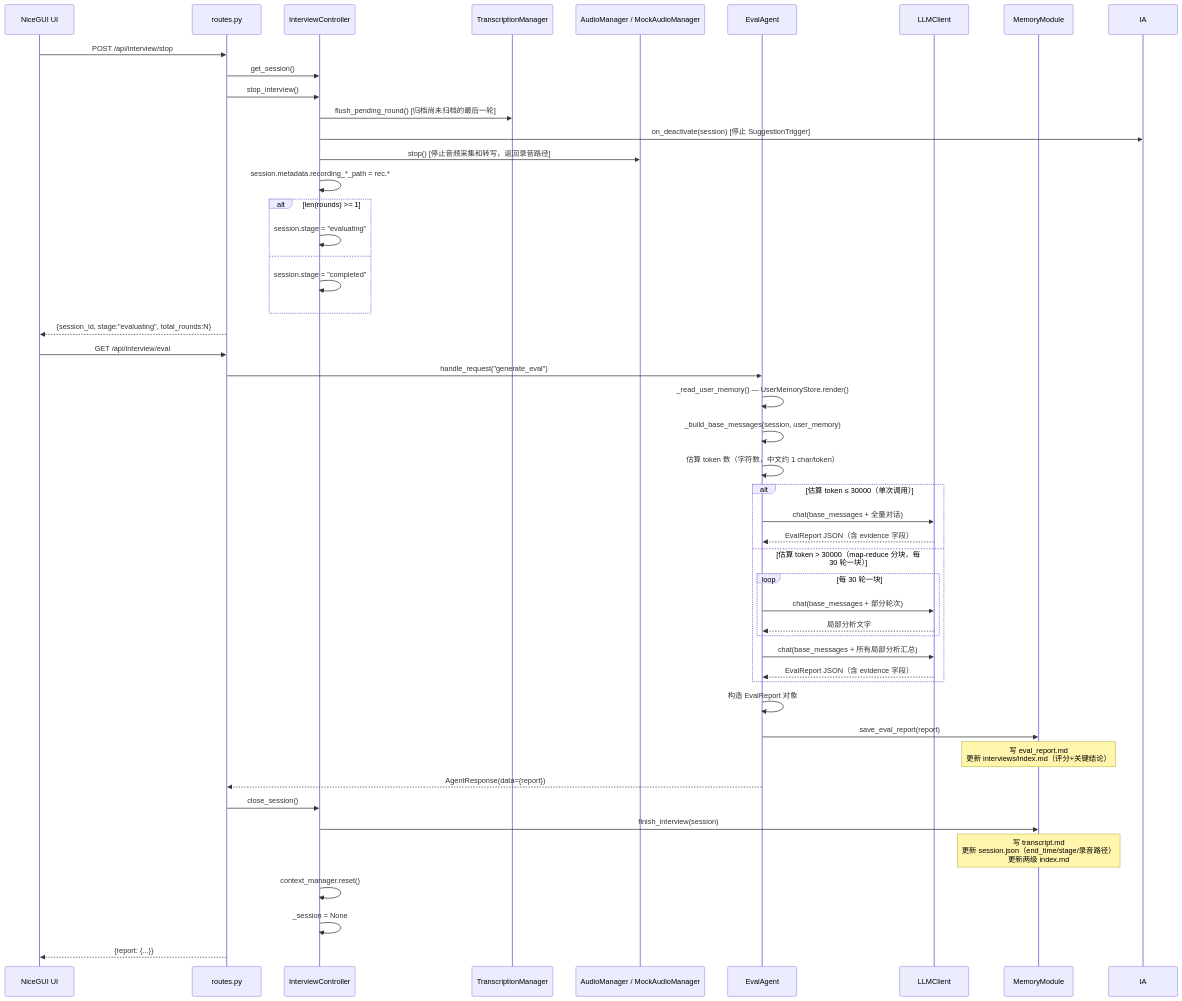
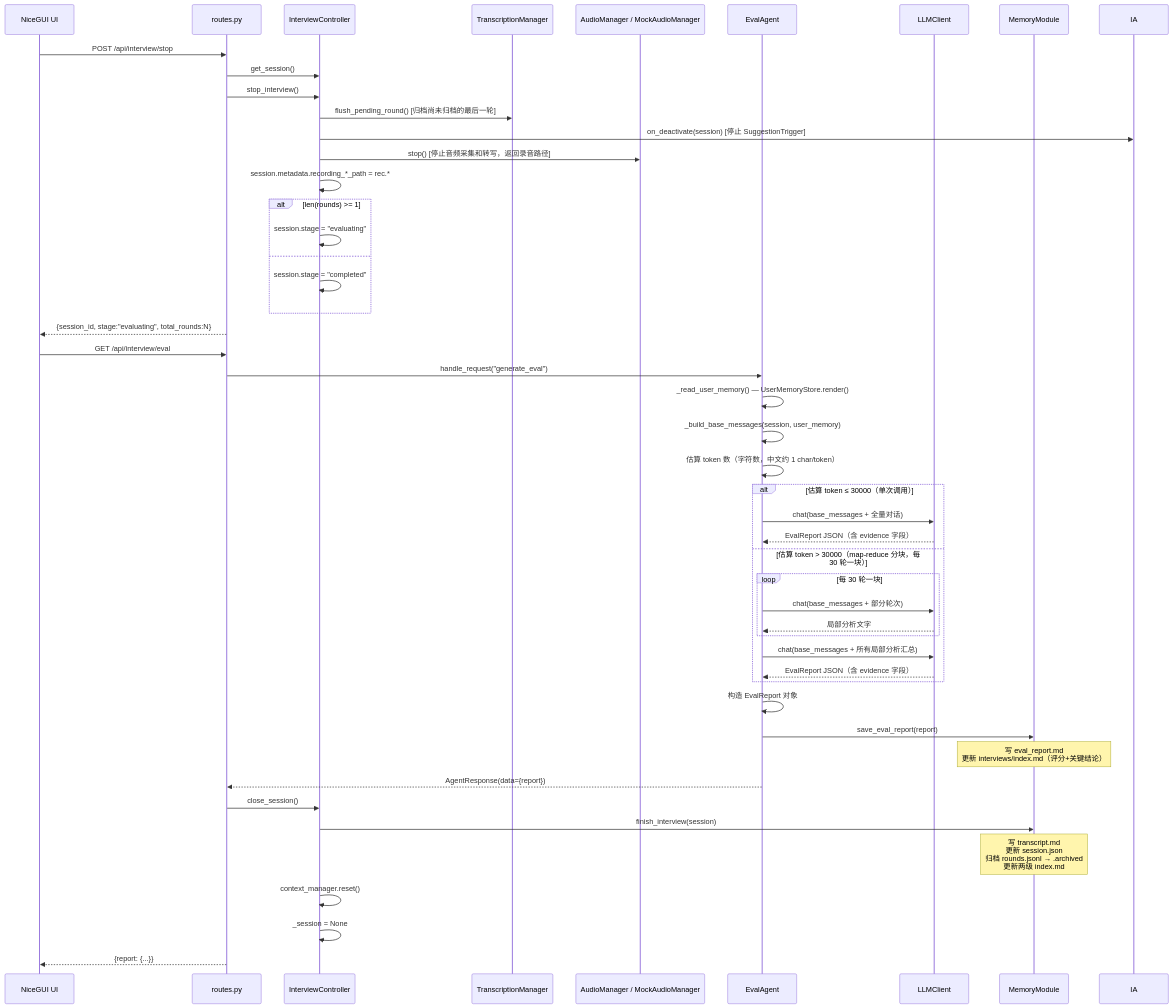
Before and after one commit to dygcjlu/interviewer-assistant: the fourth of 4 diagrams in docs/arc/flows.md, drawn with Mermaid. The commit also changed other lines of this file and 48 other files, not shown here.

First line of the commit message:
docs: sync arc docs with current architecture and prune obsolete notes

````diff
--- a/docs/arc/flows.md
+++ b/docs/arc/flows.md
@@ -171,52 +174,52 @@
 ```mermaid
 sequenceDiagram
     participant UI as NiceGUI UI
     participant REST as routes.py
     participant IC as InterviewController
     participant TM as TranscriptionManager
     participant AM as AudioManager / MockAudioManager
     participant EA as EvalAgent
     participant LLM as LLMClient
     participant MM as MemoryModule
 
     UI->>REST: POST /api/interview/stop
     REST->>IC: get_session()
     REST->>IC: stop_interview()
     IC->>TM: flush_pending_round() [归档尚未归档的最后一轮]
     IC->>IA: on_deactivate(session) [停止 SuggestionTrigger]
     IC->>AM: stop() [停止音频采集和转写，返回录音路径]
     IC->>IC: session.metadata.recording_*_path = rec.*
     alt len(rounds) >= 1
         IC->>IC: session.stage = "evaluating"
     else
         IC->>IC: session.stage = "completed"
     end
     REST-->>UI: {session_id, stage:"evaluating", total_rounds:N}
 
     UI->>REST: GET /api/interview/eval
     REST->>EA: handle_request("generate_eval")
     EA->>EA: _read_user_memory() — UserMemoryStore.render()
     EA->>EA: _build_base_messages(session, user_memory)
     EA->>EA: 估算 token 数（字符数，中文约 1 char/token）
     alt 估算 token ≤ 30000（单次调用）
         EA->>LLM: chat(base_messages + 全量对话)
         LLM-->>EA: EvalReport JSON（含 evidence 字段）
     else 估算 token > 30000（map-reduce 分块，每 30 轮一块）
         loop 每 30 轮一块
             EA->>LLM: chat(base_messages + 部分轮次)
             LLM-->>EA: 局部分析文字
         end
         EA->>LLM: chat(base_messages + 所有局部分析汇总)
         LLM-->>EA: EvalReport JSON（含 evidence 字段）
     end
     EA->>EA: 构造 EvalReport 对象
     EA->>MM: save_eval_report(report)
     Note over MM: 写 eval_report.md<br/>更新 interviews/index.md（评分+关键结论）
     EA-->>REST: AgentResponse(data={report})
     REST->>IC: close_session()
     IC->>MM: finish_interview(session)
-    Note over MM: 写 transcript.md<br/>更新 session.json（end_time/stage/录音路径）<br/>更新两级 index.md
+    Note over MM: 写 transcript.md<br/>更新 session.json<br/>归档 rounds.jsonl → .archived<br/>更新两级 index.md
     IC->>IC: context_manager.reset()
     IC->>IC: _session = None
     REST-->>UI: {report: {...}}
 ```
````
